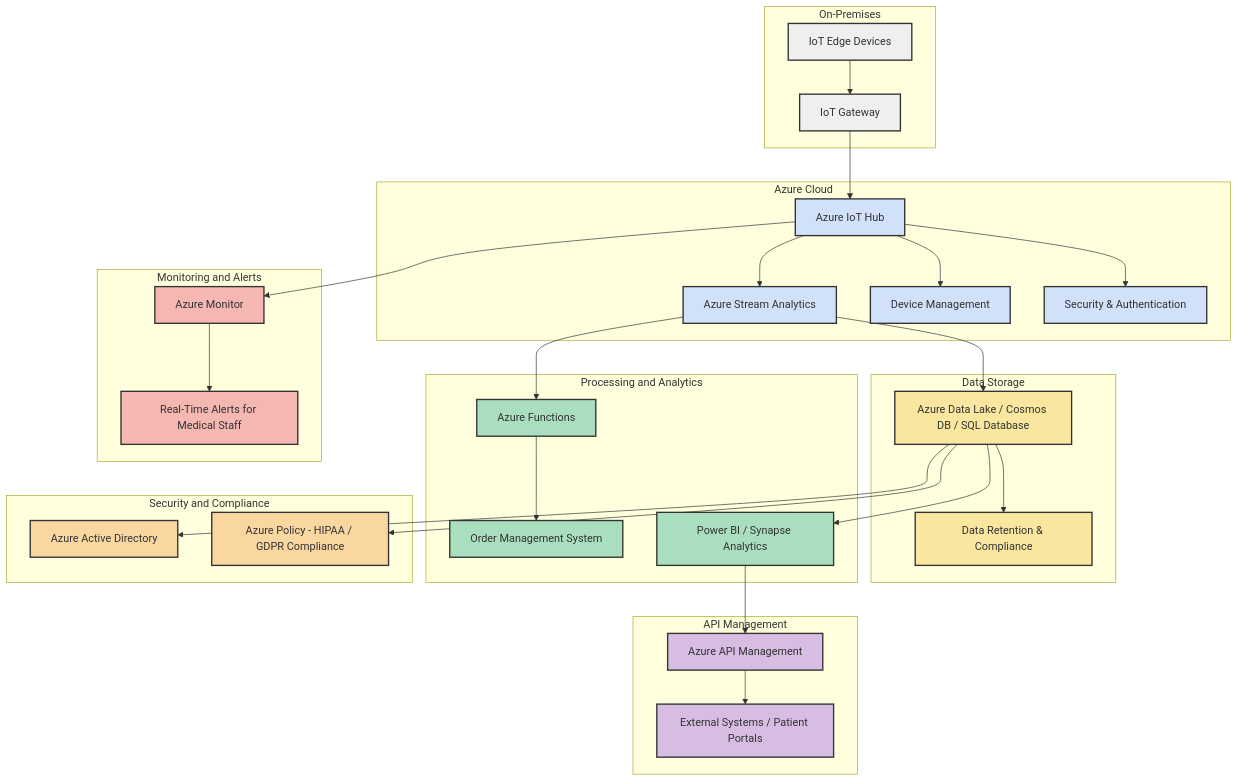
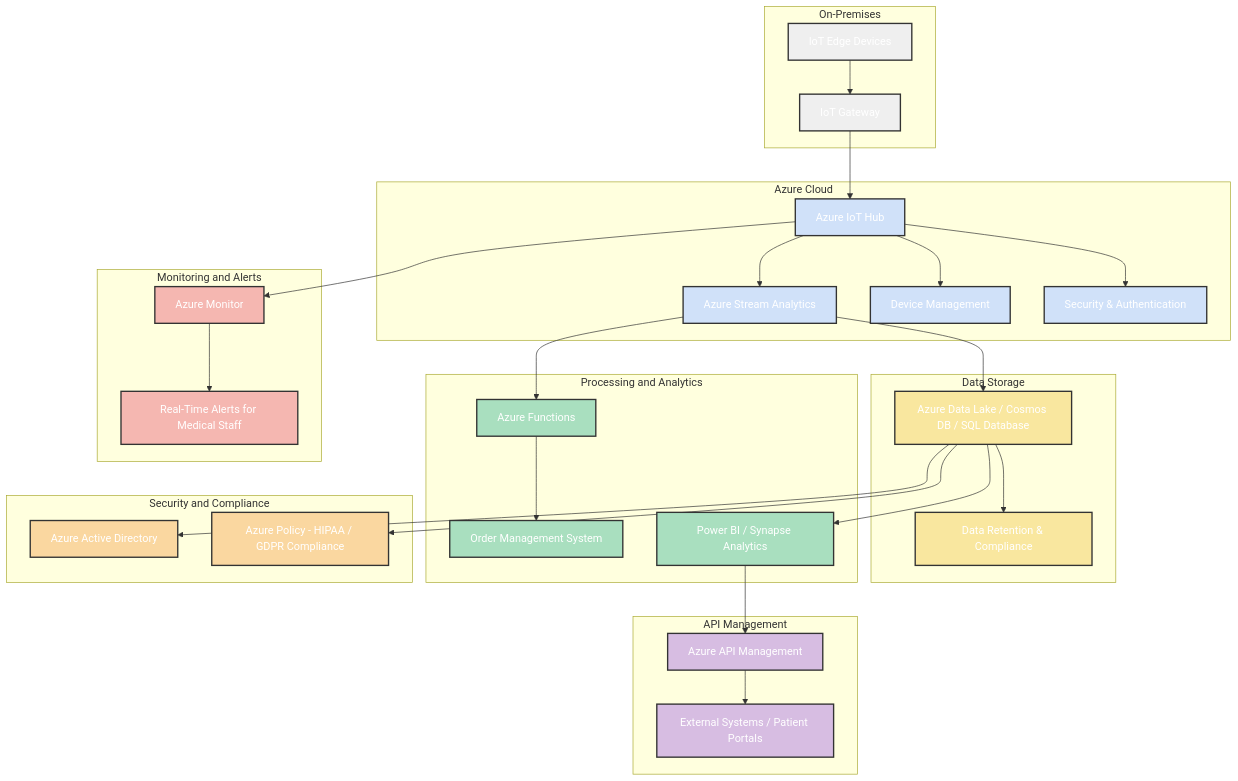
One commit to rifaterdemsahin/IoT changed the diagram in 1_Journey.md. Above: the diagram before and after it, drawn with Mermaid.

Commit message:
white contrast

````diff
--- a/1_Journey.md
+++ b/1_Journey.md
@@ -22,57 +22,57 @@
 ```mermaid
 flowchart TD
     %% On-Premises / Clinic Site
     subgraph On-Premises
         A1[IoT Edge Devices]:::device
         A2[IoT Gateway]:::device
         A1 --> A2
     end
 
     %% Azure Cloud
     subgraph Azure Cloud
         A2 --> B1[Azure IoT Hub]:::cloud
         B1 --> B2[Azure Stream Analytics]:::cloud
         B1 --> B3[Device Management]:::cloud
         B1 --> B4[Security & Authentication]:::cloud
     end
 
     %% Data Storage
     subgraph Data Storage
         B2 --> C1[Azure Data Lake / Cosmos DB / SQL Database]:::storage
         C1 --> C2[Data Retention & Compliance]:::storage
     end
 
     %% Processing and Analytics
     subgraph Processing and Analytics
         B2 --> D1[Azure Functions]:::processing
         D1 --> D2[Order Management System]:::processing
         C1 --> E1[Power BI / Synapse Analytics]:::processing
     end
 
     %% Monitoring and Alerts
     subgraph Monitoring and Alerts
         B1 --> F1[Azure Monitor]:::monitoring
         F1 --> F2[Real-Time Alerts for Medical Staff]:::monitoring
     end
 
     %% API Management
     subgraph API Management
         E1 --> G1[Azure API Management]:::api
         G1 --> G2[External Systems / Patient Portals]:::api
     end
 
     %% Security and Compliance Layer
     subgraph Security and Compliance
         C1 --> H1[Azure Active Directory]:::security
         C1 --> H2[Azure Policy - HIPAA / GDPR Compliance]:::security
     end
 
     %% Diagram Annotations
-    classDef device fill:#EFEFEF,stroke:#333,stroke-width:2px;
-    classDef cloud fill:#D0E1F9,stroke:#333,stroke-width:2px;
-    classDef storage fill:#F9E79F,stroke:#333,stroke-width:2px;
-    classDef processing fill:#A9DFBF,stroke:#333,stroke-width:2px;
-    classDef monitoring fill:#F5B7B1,stroke:#333,stroke-width:2px;
-    classDef api fill:#D7BDE2,stroke:#333,stroke-width:2px;
-    classDef security fill:#FAD7A0,stroke:#333,stroke-width:2px;
+    classDef device fill:#EFEFEF,stroke:#333,stroke-width:2px,color:#FFFFFF;
+    classDef cloud fill:#D0E1F9,stroke:#333,stroke-width:2px,color:#FFFFFF;
+    classDef storage fill:#F9E79F,stroke:#333,stroke-width:2px,color:#FFFFFF;
+    classDef processing fill:#A9DFBF,stroke:#333,stroke-width:2px,color:#FFFFFF;
+    classDef monitoring fill:#F5B7B1,stroke:#333,stroke-width:2px,color:#FFFFFF;
+    classDef api fill:#D7BDE2,stroke:#333,stroke-width:2px,color:#FFFFFF;
+    classDef security fill:#FAD7A0,stroke:#333,stroke-width:2px,color:#FFFFFF;
 ```
````
